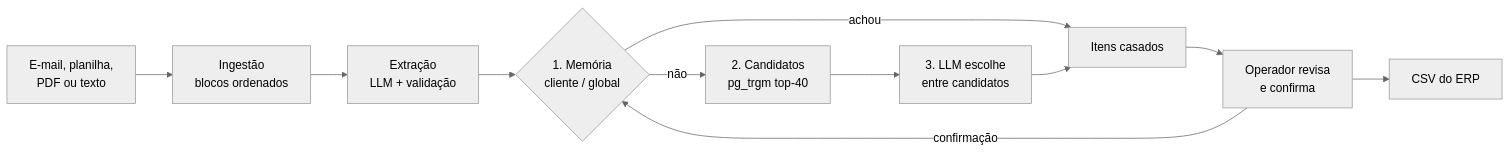
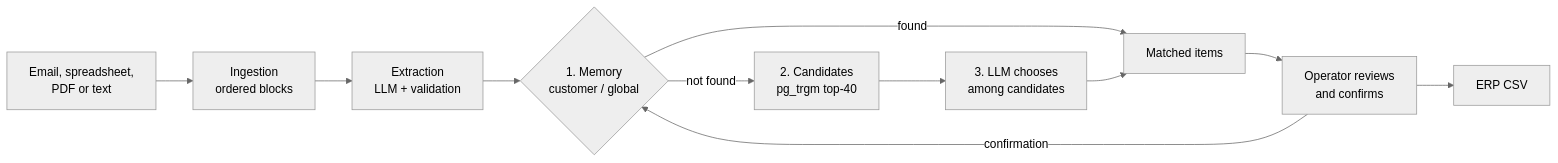
One commit to lbarrey-pixel/cotador changed the diagram in README.md. Above: the diagram before and after it, drawn with Mermaid (neutral theme). The commit also changed other lines of this file and 8 other files, not shown here.

````diff
--- a/README.md
+++ b/README.md
@@ -22,13 +24,13 @@
 ```mermaid
 flowchart LR
-    A[E-mail, planilha,<br/>PDF ou texto] --> B[Ingestão<br/>blocos ordenados]
-    B --> C[Extração<br/>LLM + validação]
-    C --> D{1. Memória<br/>cliente / global}
-    D -- achou --> G[Itens casados]
-    D -- não --> E[2. Candidatos<br/>pg_trgm top-40]
-    E --> F[3. LLM escolhe<br/>entre candidatos]
+    A[Email, spreadsheet,<br/>PDF or text] --> B[Ingestion<br/>ordered blocks]
+    B --> C[Extraction<br/>LLM + validation]
+    C --> D{1. Memory<br/>customer / global}
+    D -- found --> G[Matched items]
+    D -- not found --> E[2. Candidates<br/>pg_trgm top-40]
+    E --> F[3. LLM chooses<br/>among candidates]
     F --> G
-    G --> H[Operador revisa<br/>e confirma]
-    H -- confirmação --> D
-    H --> I[CSV do ERP]
+    G --> H[Operator reviews<br/>and confirms]
+    H -- confirmation --> D
+    H --> I[ERP CSV]
 ```
````
